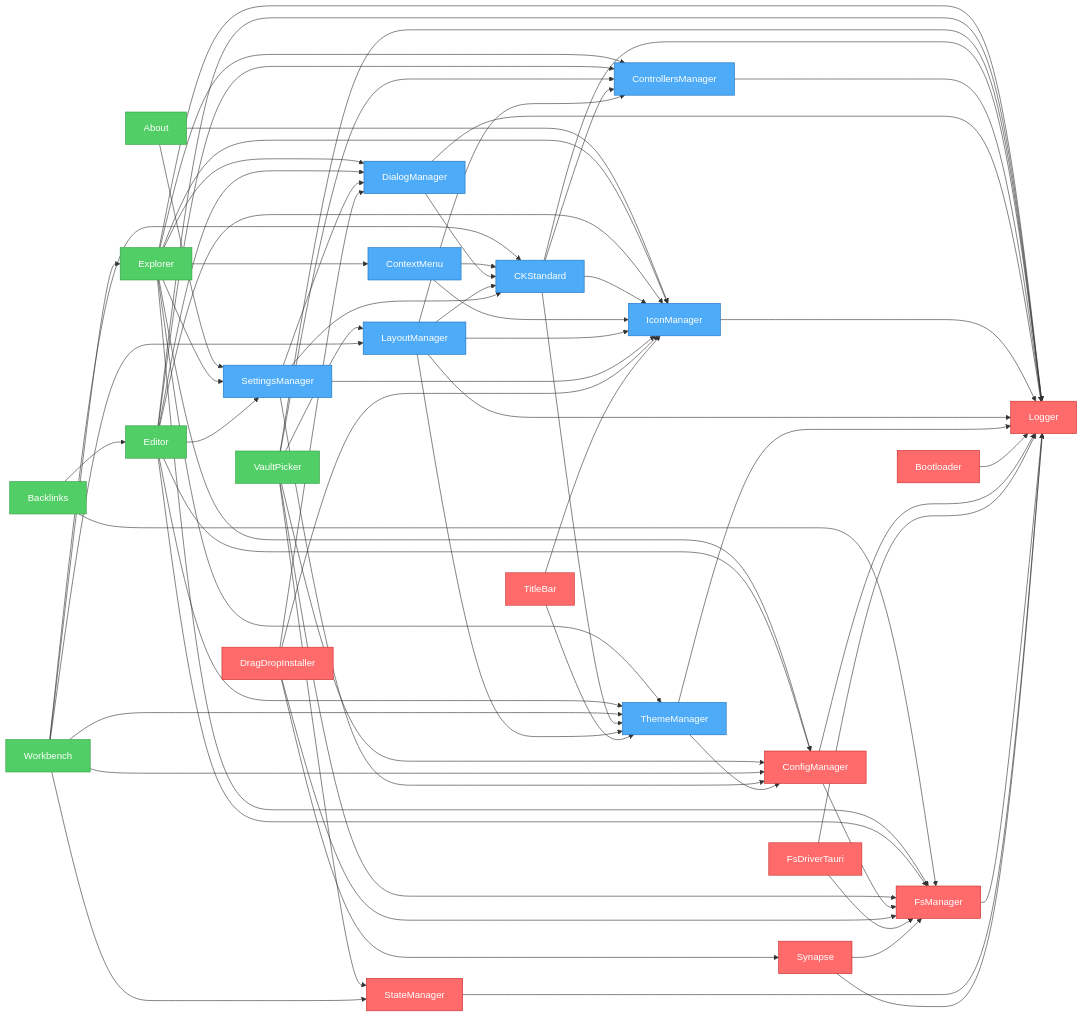
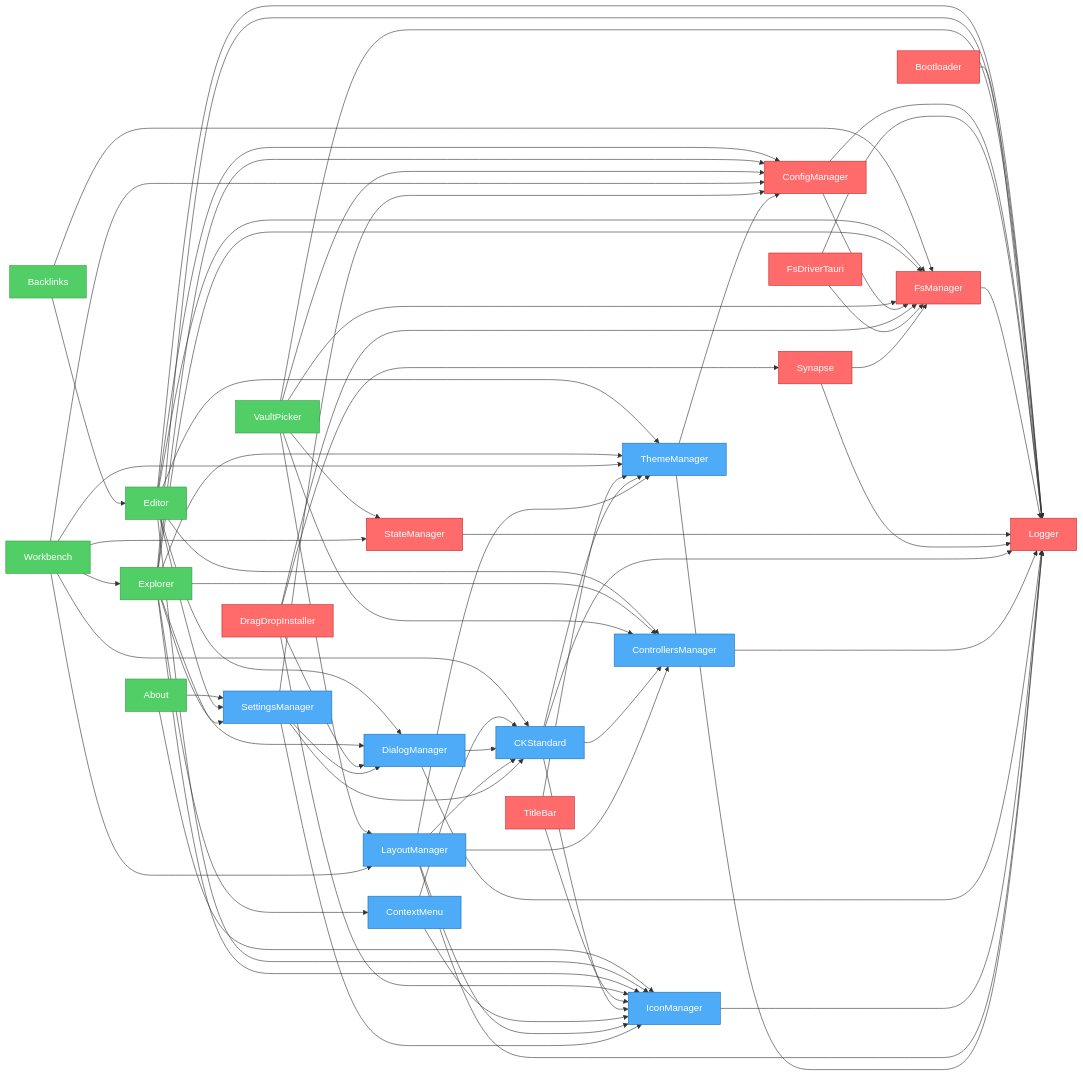
One commit to khton-tech/notehub.md changed the diagram in artifacts/graph.mmd. Above: the diagram before and after it, drawn with Mermaid. The commit also changed 5 other files, not shown here.

Commit message:
feat: add new file explorer feature including `FileTree` component and `ExplorerController` logic.

```diff
--- a/artifacts/graph.mmd
+++ b/artifacts/graph.mmd
@@ -1,102 +1,102 @@
 flowchart LR
     nh_features_about["About"]
     nh_features_backlinks["Backlinks"]
+    nh_features_editor["Editor"]
     nh_features_explorer["Explorer"]
-    nh_features_editor["Editor"]
     nh_features_vault-picker["VaultPicker"]
     nh_features_workbench["Workbench"]
-    nh_ui_ck-standard["CKStandard"]
-    nh_ui_context-menu["ContextMenu"]
-    nh_ui_controllers-manager["ControllersManager"]
-    nh_ui_dialog-manager["DialogManager"]
-    nh_ui_icon-manager["IconManager"]
-    nh_ui_layout-manager["LayoutManager"]
-    nh_ui_settings-manager["SettingsManager"]
-    nh_ui_theme-manager["ThemeManager"]
     nh_system_bootloader["Bootloader"]
     nh_system_config-manager["ConfigManager"]
     nh_system_drag-drop["DragDropInstaller"]
     nh_system_fs-driver-tauri["FsDriverTauri"]
     nh_system_fs-manager["FsManager"]
     nh_system_logger["Logger"]
     nh_system_state-manager["StateManager"]
     nh_system_synapse["Synapse"]
     nh_system_titlebar["TitleBar"]
+    nh_ui_ck-standard["CKStandard"]
+    nh_ui_context-menu["ContextMenu"]
+    nh_ui_controllers-manager["ControllersManager"]
+    nh_ui_dialog-manager["DialogManager"]
+    nh_ui_icon-manager["IconManager"]
+    nh_ui_layout-manager["LayoutManager"]
+    nh_ui_settings-manager["SettingsManager"]
+    nh_ui_theme-manager["ThemeManager"]
     nh_features_about --> nh_ui_settings-manager
     nh_features_about --> nh_ui_icon-manager
     nh_features_backlinks --> nh_features_editor
     nh_features_backlinks --> nh_system_fs-manager
+    nh_features_editor --> nh_system_config-manager
+    nh_features_editor --> nh_ui_settings-manager
+    nh_features_editor --> nh_system_fs-manager
+    nh_features_editor --> nh_system_logger
+    nh_features_editor --> nh_ui_controllers-manager
+    nh_features_editor --> nh_ui_dialog-manager
+    nh_features_editor --> nh_ui_icon-manager
+    nh_features_editor --> nh_ui_theme-manager
     nh_features_explorer --> nh_system_config-manager
     nh_features_explorer --> nh_ui_settings-manager
     nh_features_explorer --> nh_system_fs-manager
     nh_features_explorer --> nh_system_logger
     nh_features_explorer --> nh_ui_controllers-manager
     nh_features_explorer --> nh_ui_icon-manager
     nh_features_explorer --> nh_ui_theme-manager
     nh_features_explorer --> nh_ui_context-menu
     nh_features_explorer --> nh_ui_dialog-manager
-    nh_features_editor --> nh_system_config-manager
-    nh_features_editor --> nh_ui_settings-manager
-    nh_features_editor --> nh_system_fs-manager
-    nh_features_editor --> nh_system_logger
-    nh_features_editor --> nh_ui_controllers-manager
-    nh_features_editor --> nh_ui_dialog-manager
-    nh_features_editor --> nh_ui_icon-manager
-    nh_features_editor --> nh_ui_theme-manager
     nh_features_vault-picker --> nh_system_fs-manager
     nh_features_vault-picker --> nh_system_config-manager
     nh_features_vault-picker --> nh_system_state-manager
     nh_features_vault-picker --> nh_system_logger
     nh_features_vault-picker --> nh_ui_controllers-manager
     nh_features_vault-picker --> nh_ui_layout-manager
     nh_features_workbench --> nh_system_config-manager
     nh_features_workbench --> nh_ui_layout-manager
     nh_features_workbench --> nh_ui_theme-manager
     nh_features_workbench --> nh_ui_ck-standard
     nh_features_workbench --> nh_system_state-manager
     nh_features_workbench --> nh_features_explorer
+    nh_system_bootloader --> nh_system_logger
+    nh_system_config-manager --> nh_system_logger
+    nh_system_config-manager --> nh_system_fs-manager
+    nh_system_drag-drop --> nh_ui_icon-manager
+    nh_system_drag-drop --> nh_ui_dialog-manager
+    nh_system_drag-drop --> nh_system_fs-manager
+    nh_system_drag-drop --> nh_system_synapse
+    nh_system_fs-driver-tauri --> nh_system_logger
+    nh_system_fs-driver-tauri --> nh_system_fs-manager
+    nh_system_fs-manager --> nh_system_logger
+    nh_system_state-manager --> nh_system_logger
+    nh_system_synapse --> nh_system_fs-manager
+    nh_system_synapse --> nh_system_logger
+    nh_system_titlebar --> nh_ui_icon-manager
+    nh_system_titlebar --> nh_ui_theme-manager
     nh_ui_ck-standard --> nh_system_logger
     nh_ui_ck-standard --> nh_ui_controllers-manager
     nh_ui_ck-standard --> nh_ui_icon-manager
     nh_ui_ck-standard --> nh_ui_theme-manager
     nh_ui_context-menu --> nh_ui_icon-manager
     nh_ui_context-menu --> nh_ui_ck-standard
     nh_ui_controllers-manager --> nh_system_logger
     nh_ui_dialog-manager --> nh_system_logger
     nh_ui_dialog-manager --> nh_ui_ck-standard
     nh_ui_icon-manager --> nh_system_logger
     nh_ui_layout-manager --> nh_system_logger
     nh_ui_layout-manager --> nh_ui_theme-manager
     nh_ui_layout-manager --> nh_ui_icon-manager
     nh_ui_layout-manager --> nh_ui_controllers-manager
     nh_ui_layout-manager --> nh_ui_ck-standard
     nh_ui_settings-manager --> nh_system_config-manager
     nh_ui_settings-manager --> nh_ui_ck-standard
     nh_ui_settings-manager --> nh_ui_icon-manager
     nh_ui_settings-manager --> nh_ui_dialog-manager
     nh_ui_theme-manager --> nh_system_logger
     nh_ui_theme-manager --> nh_system_config-manager
-    nh_system_bootloader --> nh_system_logger
-    nh_system_config-manager --> nh_system_logger
-    nh_system_config-manager --> nh_system_fs-manager
-    nh_system_drag-drop --> nh_ui_icon-manager
-    nh_system_drag-drop --> nh_ui_dialog-manager
-    nh_system_drag-drop --> nh_system_fs-manager
-    nh_system_drag-drop --> nh_system_synapse
-    nh_system_fs-driver-tauri --> nh_system_logger
-    nh_system_fs-driver-tauri --> nh_system_fs-manager
-    nh_system_fs-manager --> nh_system_logger
-    nh_system_state-manager --> nh_system_logger
-    nh_system_synapse --> nh_system_fs-manager
-    nh_system_synapse --> nh_system_logger
-    nh_system_titlebar --> nh_ui_icon-manager
-    nh_system_titlebar --> nh_ui_theme-manager
 
     %% Styles
     classDef system fill:#ff6b6b,stroke:#c92a2a,color:#fff
     classDef ui fill:#4dabf7,stroke:#1971c2,color:#fff
     classDef feature fill:#51cf66,stroke:#2f9e44,color:#fff
     class nh_features_about,nh_features_backlinks,nh_features_vault-picker feature
-    class nh_features_explorer,nh_features_editor,nh_features_workbench feature
+    class nh_features_editor,nh_features_explorer,nh_features_workbench feature
+    class nh_system_bootloader,nh_system_config-manager,nh_system_drag-drop,nh_system_fs-driver-tauri,nh_system_fs-manager,nh_system_logger,nh_system_state-manager,nh_system_synapse,nh_system_titlebar system
     class nh_ui_ck-standard,nh_ui_context-menu,nh_ui_controllers-manager,nh_ui_dialog-manager,nh_ui_icon-manager,nh_ui_layout-manager,nh_ui_settings-manager,nh_ui_theme-manager ui
-    class nh_system_bootloader,nh_system_config-manager,nh_system_drag-drop,nh_system_fs-driver-tauri,nh_system_fs-manager,nh_system_logger,nh_system_state-manager,nh_system_synapse,nh_system_titlebar system
```
